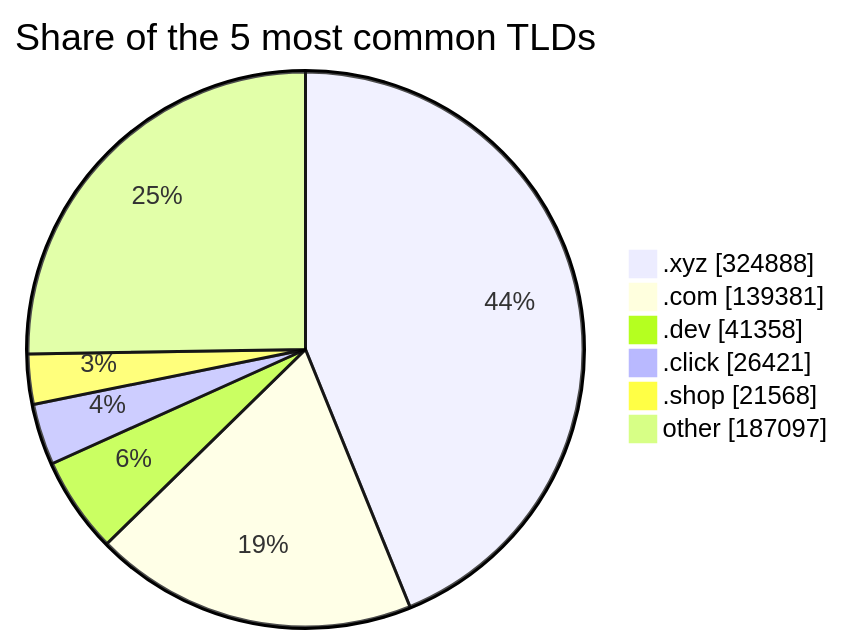
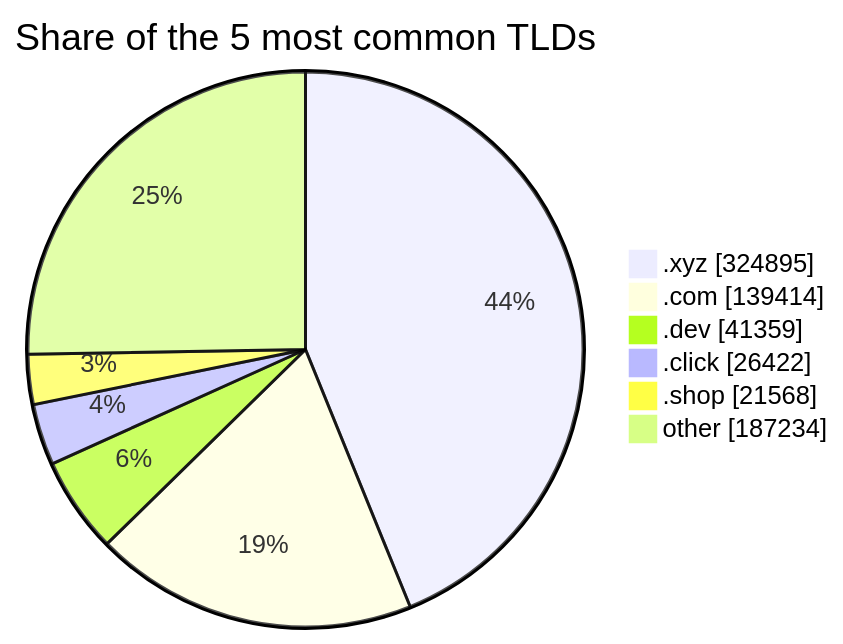
Before and after one commit to DNSBunker/CTI: the third of 3 diagrams in README.md, drawn with Mermaid. The commit also changed other lines of this file and 3 other files, not shown here.

````diff
--- a/README.md
+++ b/README.md
@@ -81,9 +81,9 @@
 ```mermaid
 pie showData title Share of the 5 most common TLDs
-    ".xyz" : 324888
-    ".com" : 139381
-    ".dev" : 41358
-    ".click" : 26421
+    ".xyz" : 324895
+    ".com" : 139414
+    ".dev" : 41359
+    ".click" : 26422
     ".shop" : 21568
-    "other" : 187097
+    "other" : 187234
 ```
````
